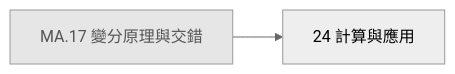
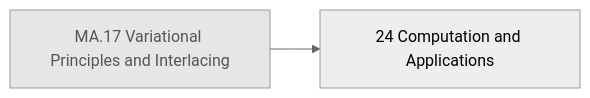
One commit to AkizumiFox/math-atlas changed the diagram in generated/chapters/NLA.mmd. Above: the diagram before and after it, drawn with Mermaid (neutral theme). The commit also changed 36 other files, not shown here.

```diff
--- a/generated/chapters/NLA.mmd
+++ b/generated/chapters/NLA.mmd
@@ -1,7 +1,7 @@
 flowchart LR
-  MA_17["MA.17 變分原理與交錯"]:::ext
-  NLA_24["24 計算與應用"]
+  MA_17["MA.17 Variational Principles and Interlacing"]:::ext
+  NLA_24["24 Computation and Applications"]
   MA_17 --> NLA_24
   classDef ext fill:#e6e6e6,stroke:#999,color:#555
   classDef opt fill:#fff,stroke:#999,stroke-dasharray:4 3,color:#555
   classDef segb fill:#f6f6fb,stroke:#99a,color:#333
```
